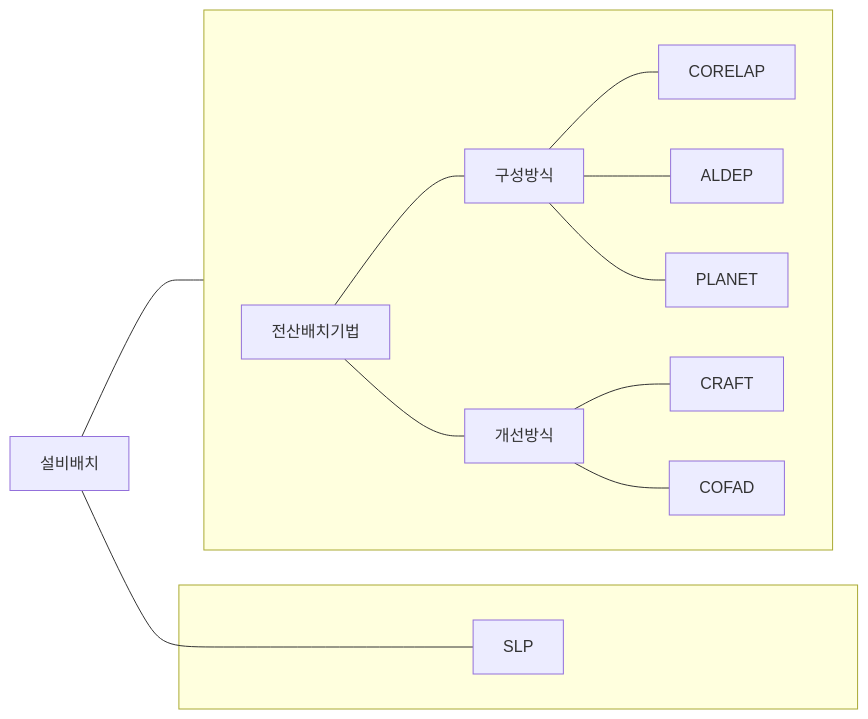
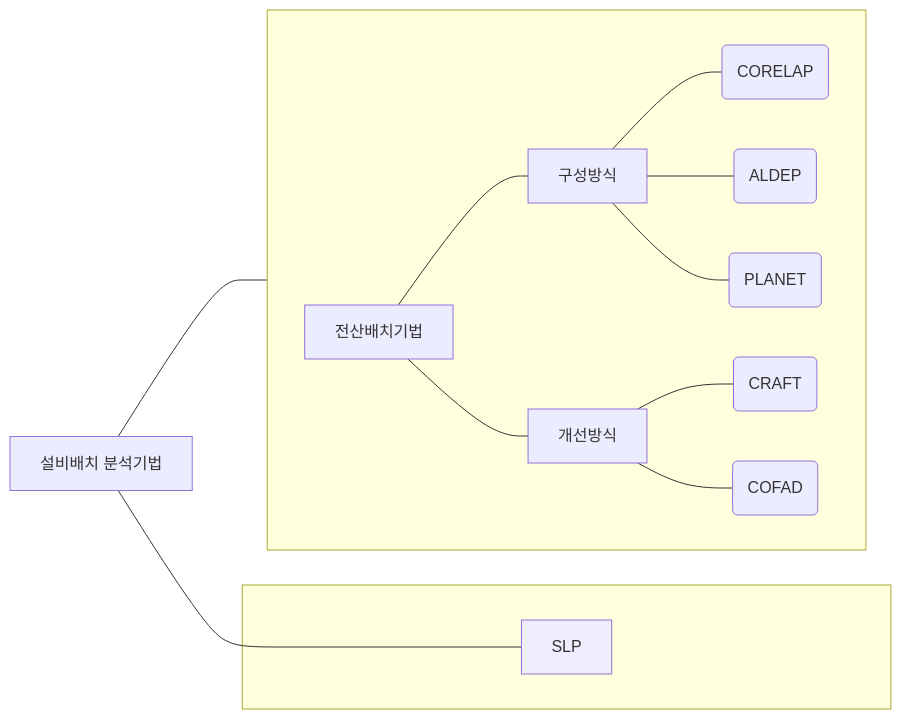
Before and after one commit to yeonkyupark/pepc2e: the fourth of 4 diagrams in 0102생산구조와방식.qmd, drawn with Mermaid. The commit also changed other lines of this file, not shown here.

````diff
--- a/0102생산구조와방식.qmd
+++ b/0102생산구조와방식.qmd
@@ -280,16 +280,18 @@
 ```{mermaid}
 flowchart LR
 subgraph slp[" "]
 SLP
 end
 
 subgraph clp["  "]
 direction LR
 20[전산배치기법]
-21[구성방식] --- CORELAP & ALDEP & PLANET
-22[개선방식] --- CRAFT & COFAD
+21[구성방식] --- 211(CORELAP) & 212(ALDEP) & 213(PLANET)
+22[개선방식] --- 221(CRAFT) & 222(COFAD)
 20 --- 21 & 22
 end 
 
-설비배치 --- SLP & 20
+00["설비배치 분석기법"] --- SLP & 20
+
+style SLP fill:#eef
 ``` 
````
